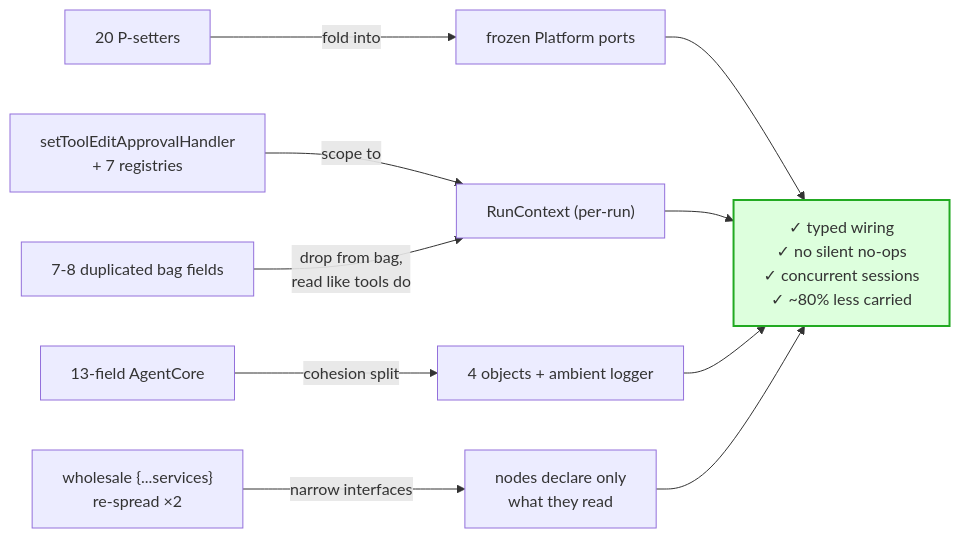
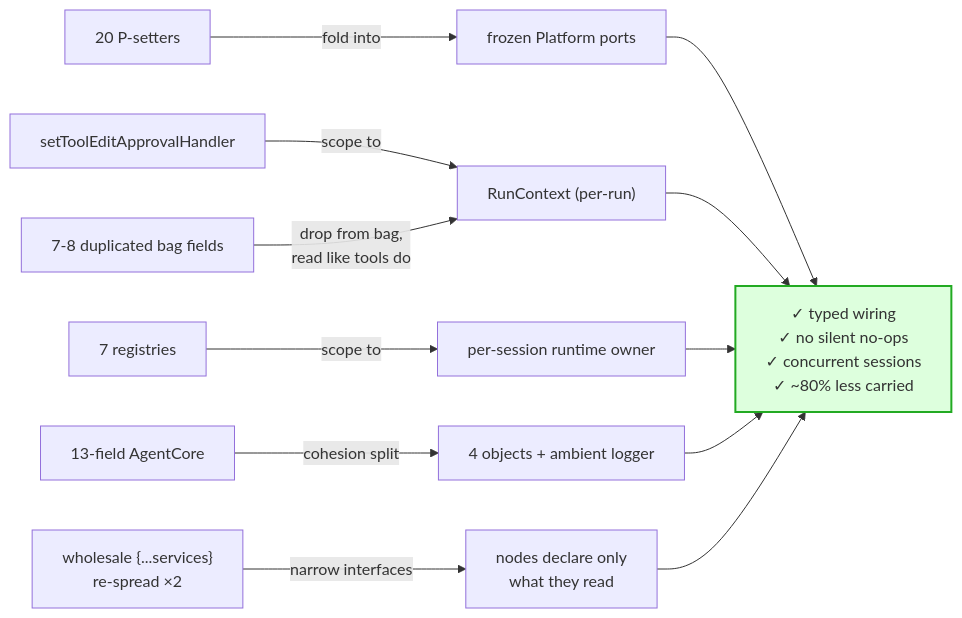
Before and after one commit to LionSR/TeXRA: the seventh of 7 diagrams in docs/proposals/dependency-injection-cleanup.md, drawn with Mermaid. The commit also changed other lines of this file, not shown here.

````diff
--- a/docs/proposals/dependency-injection-cleanup.md
+++ b/docs/proposals/dependency-injection-cleanup.md
@@ -291,15 +291,17 @@
 ```mermaid
 flowchart LR
     P1["20 P-setters"] -->|fold into| PORTS["frozen Platform ports"]
-    P2["setToolEditApprovalHandler\n+ 7 registries"] -->|scope to| RUN["RunContext (per-run)"]
+    P2["setToolEditApprovalHandler"] -->|scope to| RUN["RunContext (per-run)"]
+    P2B["7 registries"] -->|scope to| SESSION["per-session runtime owner"]
     P3["7-8 duplicated bag fields"] -->|drop from bag,\nread like tools do| RUN
     P4["13-field AgentCore"] -->|cohesion split| FOUR["4 objects + ambient logger"]
     P5["wholesale {...services}\nre-spread ×2"] -->|narrow interfaces| ISP["nodes declare only\nwhat they read"]
 
     PORTS --> WIN["✓ typed wiring\n✓ no silent no-ops\n✓ concurrent sessions\n✓ ~80% less carried"]
     RUN --> WIN
+    SESSION --> WIN
     FOUR --> WIN
     ISP --> WIN
 
     style WIN fill:#dfd,stroke:#2a2,stroke-width:2px
 ```
````
